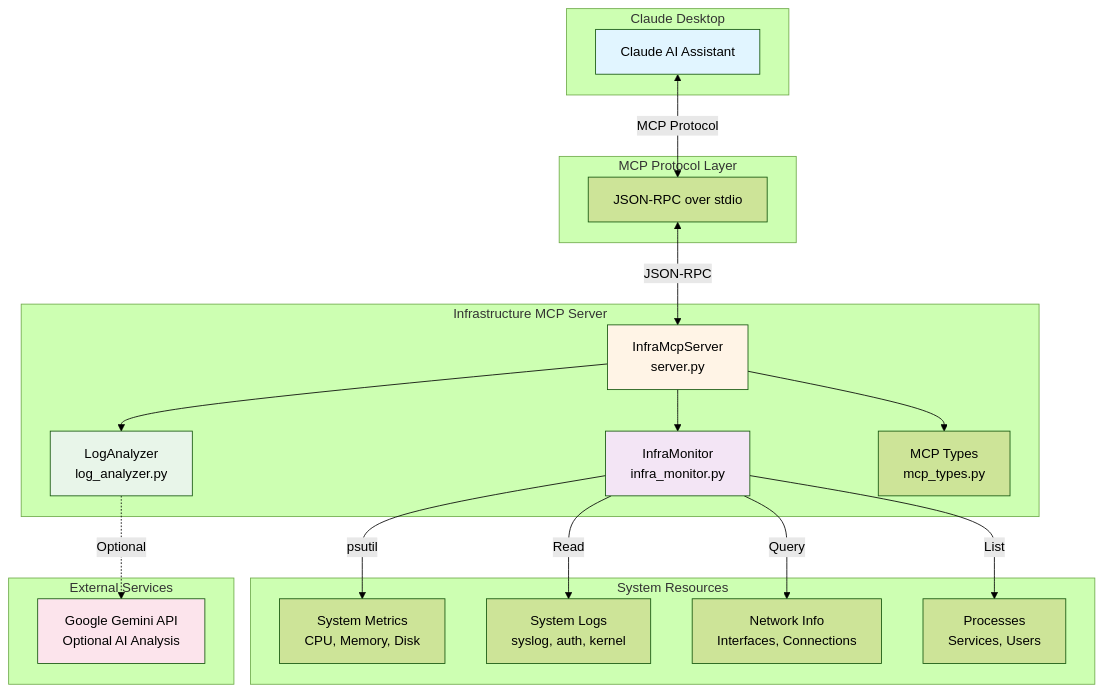
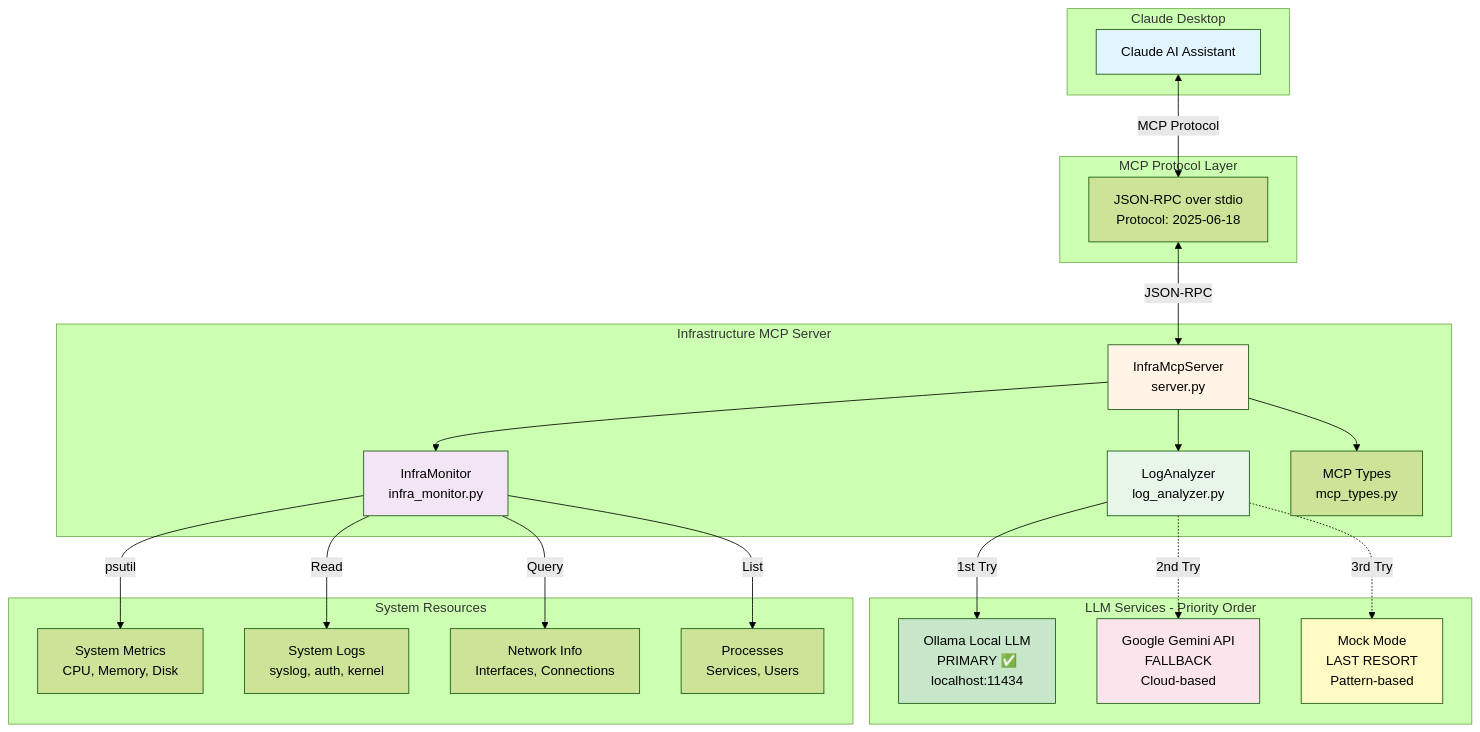
The first of 14 diagrams in docs/diagrams/architecture.md (shivkumarsah/InfraGPT-MCP), drawn with Mermaid (forest theme) before and after one commit. The commit also changed other lines of this file and 10 other files, not shown here.

````diff
--- a/docs/diagrams/architecture.md
+++ b/docs/diagrams/architecture.md
@@ -7,46 +24,53 @@
 ```mermaid
 graph TB
     subgraph "Claude Desktop"
         CD[Claude AI Assistant]
     end
     
     subgraph "MCP Protocol Layer"
-        STDIO[JSON-RPC over stdio]
+        STDIO[JSON-RPC over stdio<br/>Protocol: 2025-06-18]
     end
     
     subgraph "Infrastructure MCP Server"
         SERVER[InfraMcpServer<br/>server.py]
         MONITOR[InfraMonitor<br/>infra_monitor.py]
         ANALYZER[LogAnalyzer<br/>log_analyzer.py]
         TYPES[MCP Types<br/>mcp_types.py]
         
         SERVER --> MONITOR
         SERVER --> ANALYZER
         SERVER --> TYPES
     end
     
+    subgraph "LLM Services - Priority Order"
+        OLLAMA[Ollama Local LLM<br/>PRIMARY ✅<br/>localhost:11434]
+        GEMINI[Google Gemini API<br/>FALLBACK<br/>Cloud-based]
+        MOCK[Mock Mode<br/>LAST RESORT<br/>Pattern-based]
+    end
+    
     subgraph "System Resources"
         SYS[System Metrics<br/>CPU, Memory, Disk]
         LOGS[System Logs<br/>syslog, auth, kernel]
         NET[Network Info<br/>Interfaces, Connections]
         PROC[Processes<br/>Services, Users]
-    end
-    
-    subgraph "External Services"
-        GEMINI[Google Gemini API<br/>Optional AI Analysis]
     end
     
     CD <-->|MCP Protocol| STDIO
     STDIO <-->|JSON-RPC| SERVER
     MONITOR -->|psutil| SYS
     MONITOR -->|Read| LOGS
     MONITOR -->|Query| NET
     MONITOR -->|List| PROC
-    ANALYZER -.->|Optional| GEMINI
+    
+    ANALYZER -->|1st Try| OLLAMA
+    ANALYZER -.->|2nd Try| GEMINI
+    ANALYZER -.->|3rd Try| MOCK
     
     style CD fill:#e1f5ff
     style SERVER fill:#fff4e6
     style MONITOR fill:#f3e5f5
     style ANALYZER fill:#e8f5e9
+    style OLLAMA fill:#c8e6c9
     style GEMINI fill:#fce4ec
+    style MOCK fill:#fff9c4
 ```
````
